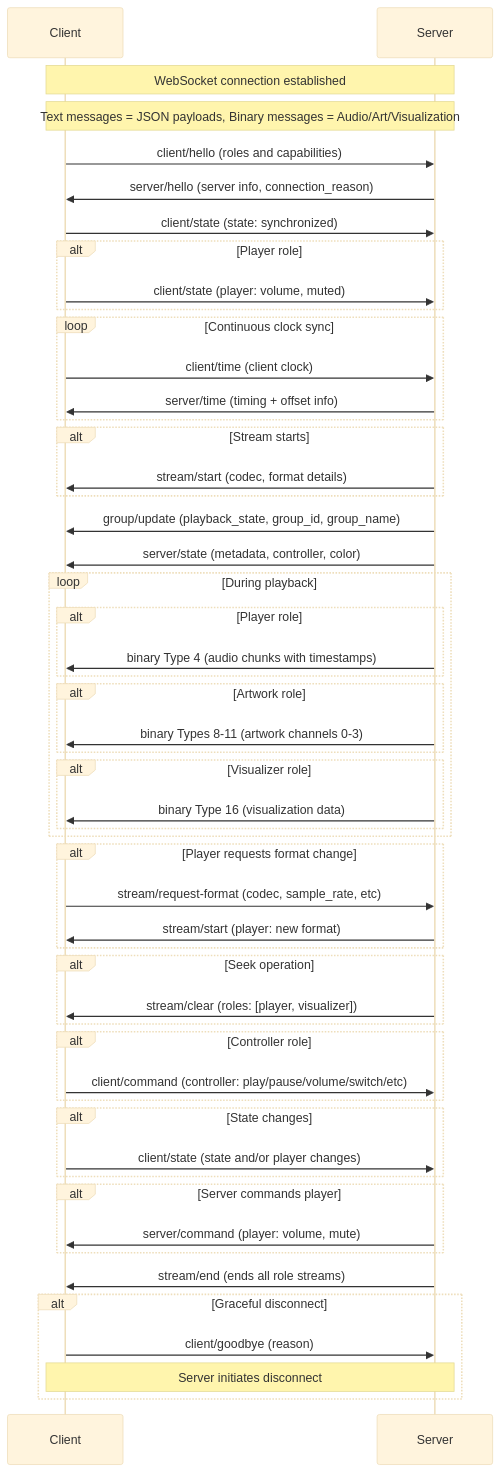
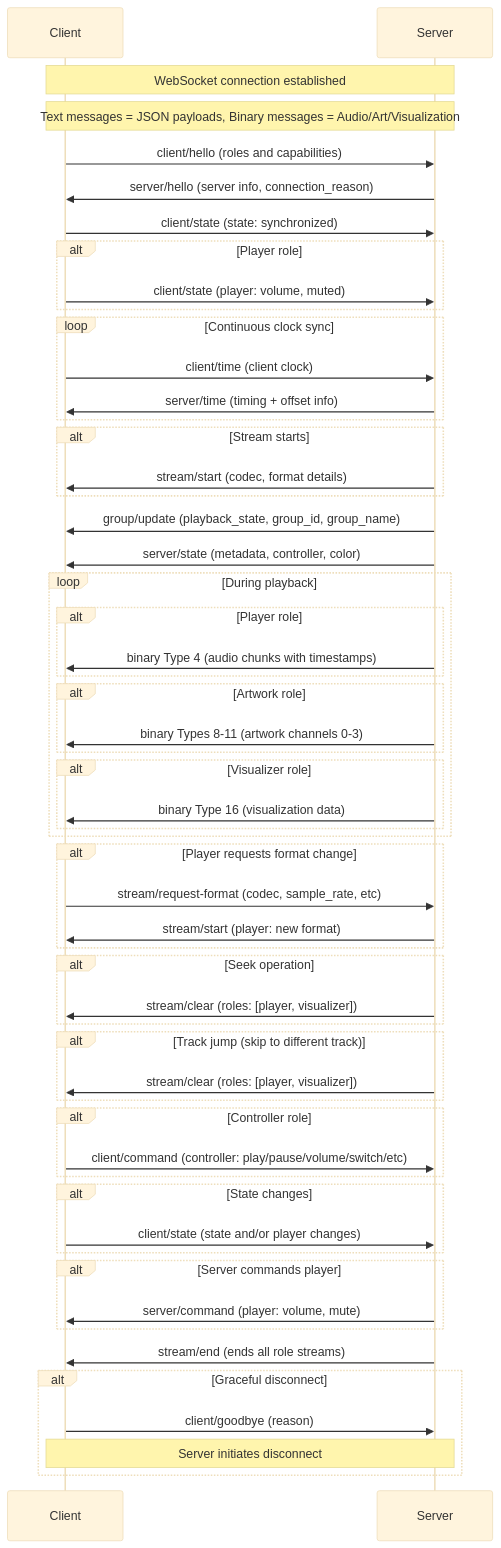
The diagram in README.md (Resonate-Protocol/spec), drawn with Mermaid (base theme) before and after one commit. The commit also changed other lines of this file, not shown here.

First line of the commit message:
Clarify stream lifecycle: when to use stream/end vs stream/clear

````diff
--- a/README.md
+++ b/README.md
@@ -184,69 +184,73 @@
 ```mermaid
 sequenceDiagram
     participant Client
     participant Server
 
     Note over Client,Server: WebSocket connection established
 
     Note over Client,Server: Text messages = JSON payloads, Binary messages = Audio/Art/Visualization
 
     Client->>Server: client/hello (roles and capabilities)
     Server->>Client: server/hello (server info, connection_reason)
 
     Client->>Server: client/state (state: synchronized)
     alt Player role
         Client->>Server: client/state (player: volume, muted)
     end
 
     loop Continuous clock sync
         Client->>Server: client/time (client clock)
         Server->>Client: server/time (timing + offset info)
     end
 
     alt Stream starts
         Server->>Client: stream/start (codec, format details)
     end
 
     Server->>Client: group/update (playback_state, group_id, group_name)
     Server->>Client: server/state (metadata, controller, color)
 
     loop During playback
         alt Player role
             Server->>Client: binary Type 4 (audio chunks with timestamps)
         end
         alt Artwork role
             Server->>Client: binary Types 8-11 (artwork channels 0-3)
         end
         alt Visualizer role
             Server->>Client: binary Type 16 (visualization data)
         end
     end
 
     alt Player requests format change
         Client->>Server: stream/request-format (codec, sample_rate, etc)
         Server->>Client: stream/start (player: new format)
     end
 
     alt Seek operation
         Server->>Client: stream/clear (roles: [player, visualizer])
     end
 
+    alt Track jump (skip to different track)
+        Server->>Client: stream/clear (roles: [player, visualizer])
+    end
+
     alt Controller role
         Client->>Server: client/command (controller: play/pause/volume/switch/etc)
     end
 
     alt State changes
         Client->>Server: client/state (state and/or player changes)
     end
 
     alt Server commands player
         Server->>Client: server/command (player: volume, mute)
     end
 
     Server->>Client: stream/end (ends all role streams)
 
     alt Graceful disconnect
         Client->>Server: client/goodbye (reason)
         Note over Client,Server: Server initiates disconnect
     end
 ```
````
